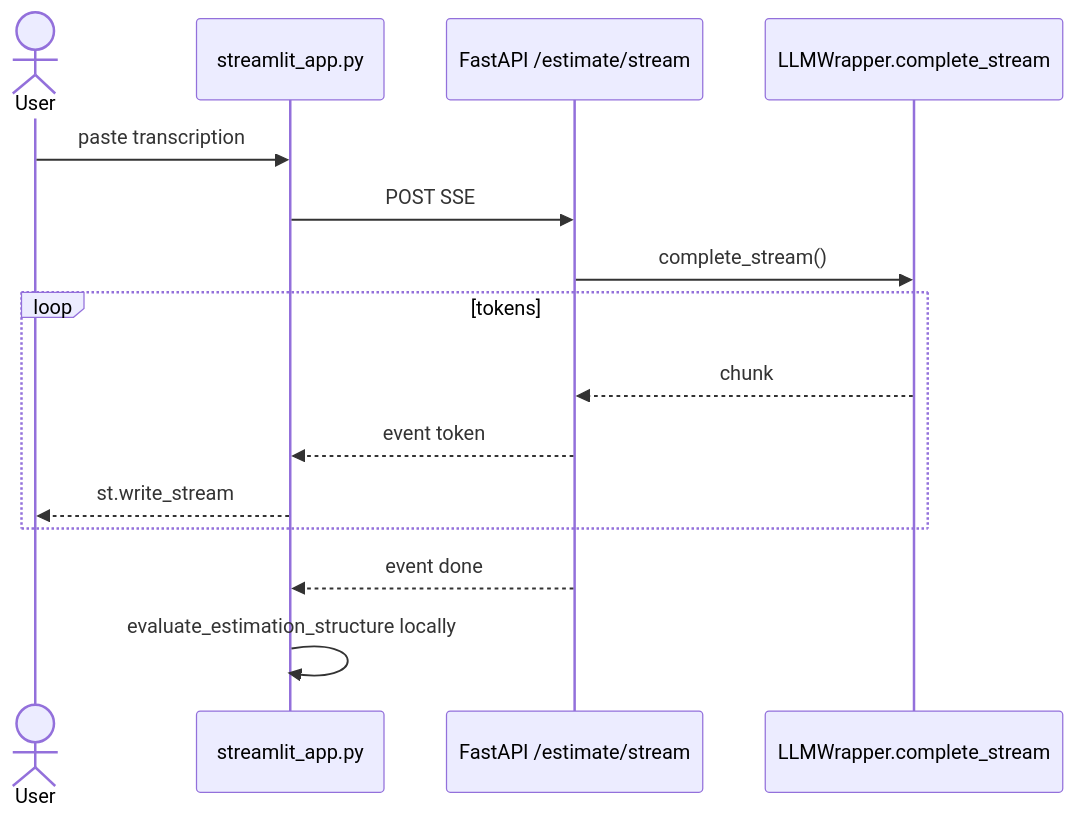
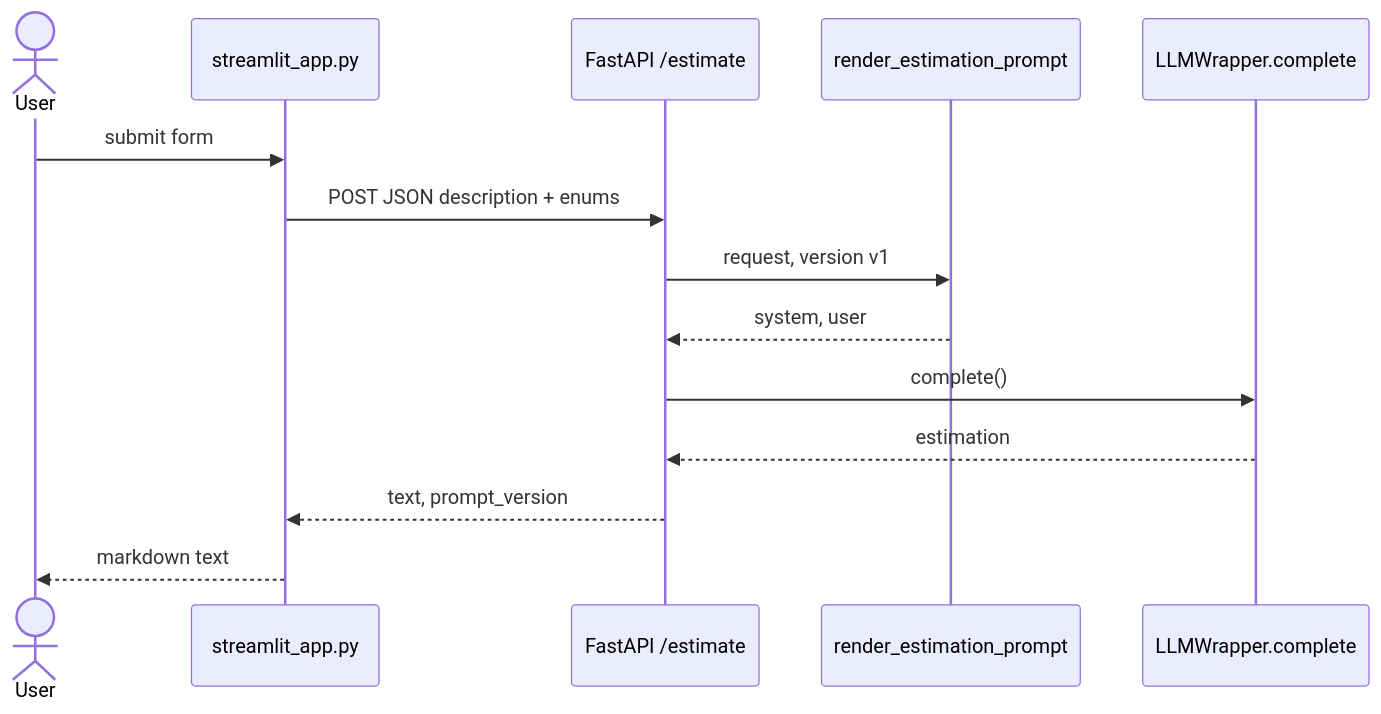
Before and after one commit to morales4dev/ai-engineering: the second of 2 diagrams in session2/estimador-cag/README.md, drawn with Mermaid. The commit also changed other lines of this file and 6 other files, not shown here.

Commit message:
schemas, /estimate y streamlit http

````diff
--- a/session2/estimador-cag/README.md
+++ b/session2/estimador-cag/README.md
@@ -130,18 +130,17 @@
 ```mermaid
 sequenceDiagram
     actor User
     participant UI as streamlit_app.py
-    participant API as FastAPI /estimate/stream
-    participant W as LLMWrapper.complete_stream
+    participant API as FastAPI /estimate
+    participant Loader as render_estimation_prompt
+    participant W as LLMWrapper.complete
 
-    User->>UI: paste transcription
-    UI->>API: POST SSE
-    API->>W: complete_stream()
-    loop tokens
-        W-->>API: chunk
-        API-->>UI: event token
-        UI-->>User: st.write_stream
-    end
-    API-->>UI: event done
-    UI->>UI: evaluate_estimation_structure locally
+    User->>UI: submit form
+    UI->>API: POST JSON description + enums
+    API->>Loader: request, version v1
+    Loader-->>API: system, user
+    API->>W: complete()
+    W-->>API: estimation
+    API-->>UI: text, prompt_version
+    UI-->>User: markdown text
 ```
````
